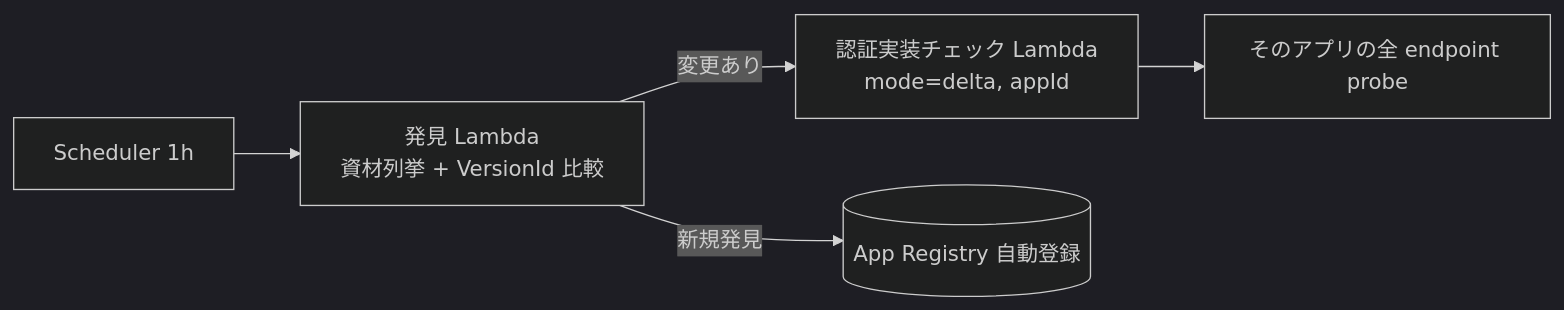
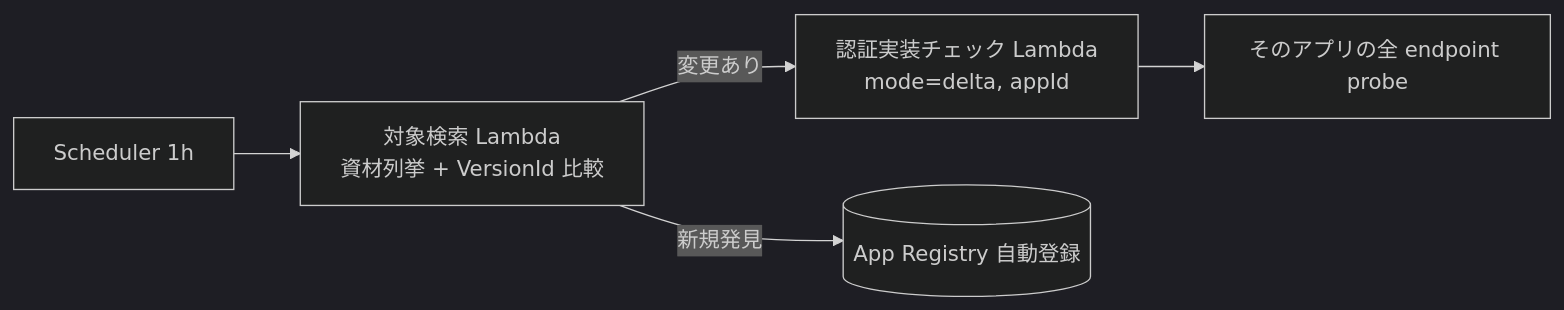
One commit to suepie/aws-atuh-poc changed the second of 2 diagrams in doc/api-platform/basic-design/18-scan-modes-and-scheduling.md. Above: the diagram before and after it, drawn with Mermaid (dark theme). The commit also changed other lines of this file and 23 other files, not shown here.

````diff
--- a/doc/api-platform/basic-design/18-scan-modes-and-scheduling.md
+++ b/doc/api-platform/basic-design/18-scan-modes-and-scheduling.md
@@ -73,7 +73,7 @@
 ```mermaid
 flowchart LR
-    SCH[Scheduler 1h] --> DISC[発見 Lambda<br/>資材列挙 + VersionId 比較]
+    SCH[Scheduler 1h] --> DISC[対象検索 Lambda<br/>資材列挙 + VersionId 比較]
     DISC -->|変更あり| L[認証実装チェック Lambda<br/>mode=delta, appId]
     DISC -->|新規発見| REG[(App Registry 自動登録)]
     L --> P[そのアプリの全 endpoint probe]
 ```
````
